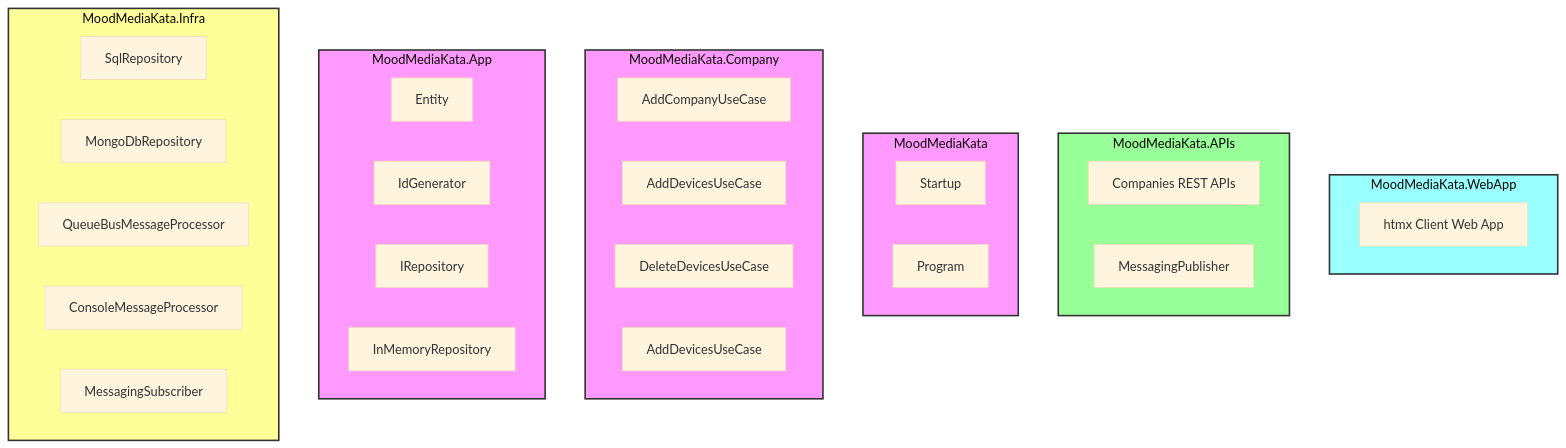
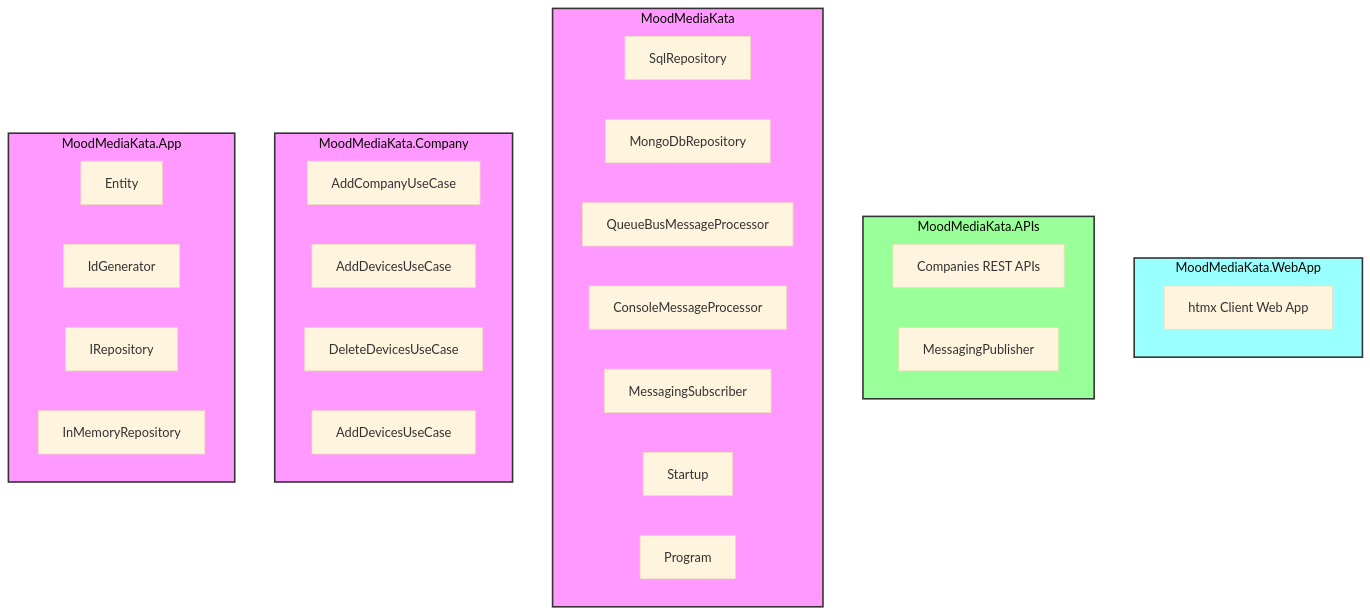
The second of 4 diagrams in README.md (hamzajg/mood-media-kata), drawn with Mermaid (base theme) before and after one commit. The commit also changed other lines of this file, not shown here.

````diff
--- a/README.md
+++ b/README.md
@@ -88,44 +88,40 @@
 ``` mermaid
 graph
 
     subgraph MoodMediaKata.WebApp
         style MoodMediaKata.WebApp fill:#9ff,stroke:#333,stroke-width:2px
         W1[htmx Client Web App]
     end
     subgraph MoodMediaKata.APIs
         style MoodMediaKata.APIs fill:#9f9,stroke:#333,stroke-width:2px
         API1[Companies REST APIs]
         API2[MessagingPublisher]
     end
 
     subgraph MoodMediaKata
         style MoodMediaKata fill:#f9f,stroke:#333,stroke-width:2px
+        I1[SqlRepository]
+        I2[MongoDbRepository]
+        I3[QueueBusMessageProcessor]
+        I4[ConsoleMessageProcessor]
+        I5[MessagingSubscriber]
         B1[Startup]
         B2[Program]
     end
 
     subgraph MoodMediaKata.Company
         style MoodMediaKata.Company fill:#f9f,stroke:#333,stroke-width:2px
         C1[AddCompanyUseCase]
         C2[AddDevicesUseCase]
         c3[DeleteDevicesUseCase]
         C4[AddDevicesUseCase]
     end
 
     subgraph MoodMediaKata.App
         style MoodMediaKata.App fill:#f9f,stroke:#333,stroke-width:2px
         A1[Entity]
         A2[IdGenerator]
         A3[IRepository]
         A4[InMemoryRepository]
     end
-
-    subgraph MoodMediaKata.Infra
-        style MoodMediaKata.Infra fill:#ff9,stroke:#333,stroke-width:2px
-        I1[SqlRepository]
-        I2[MongoDbRepository]
-        I3[QueueBusMessageProcessor]
-        I4[ConsoleMessageProcessor]
-        I5[MessagingSubscriber]
-    end
 ```
````
